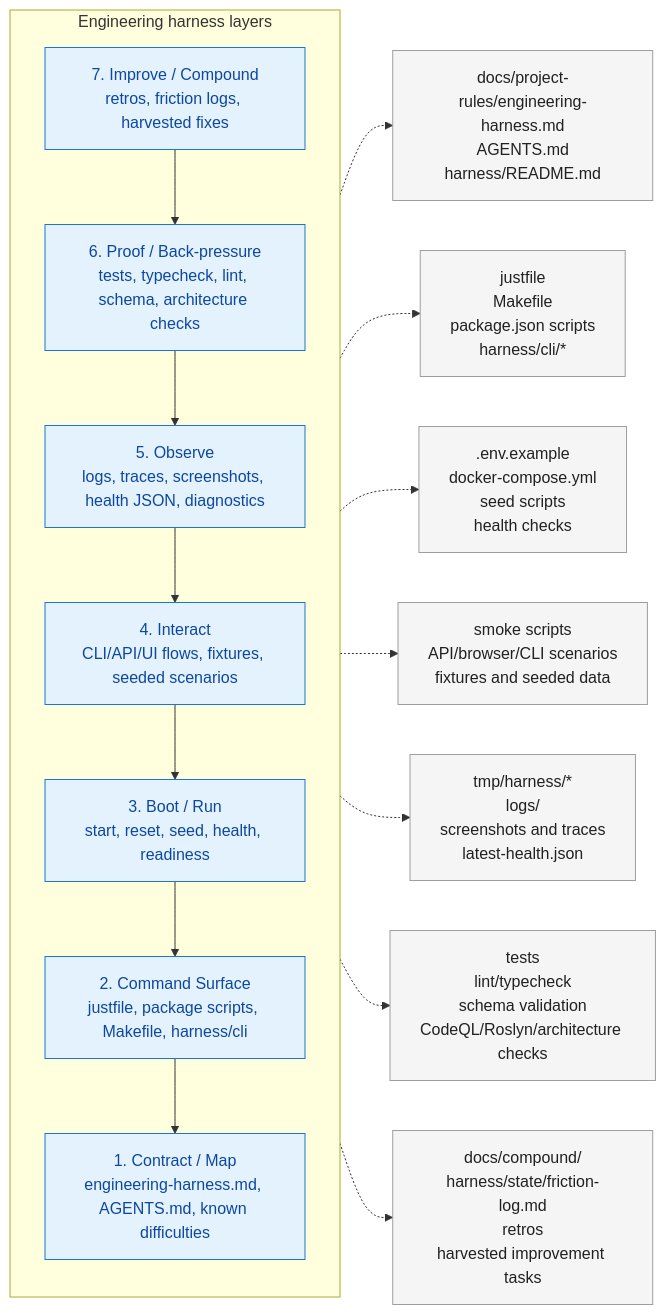
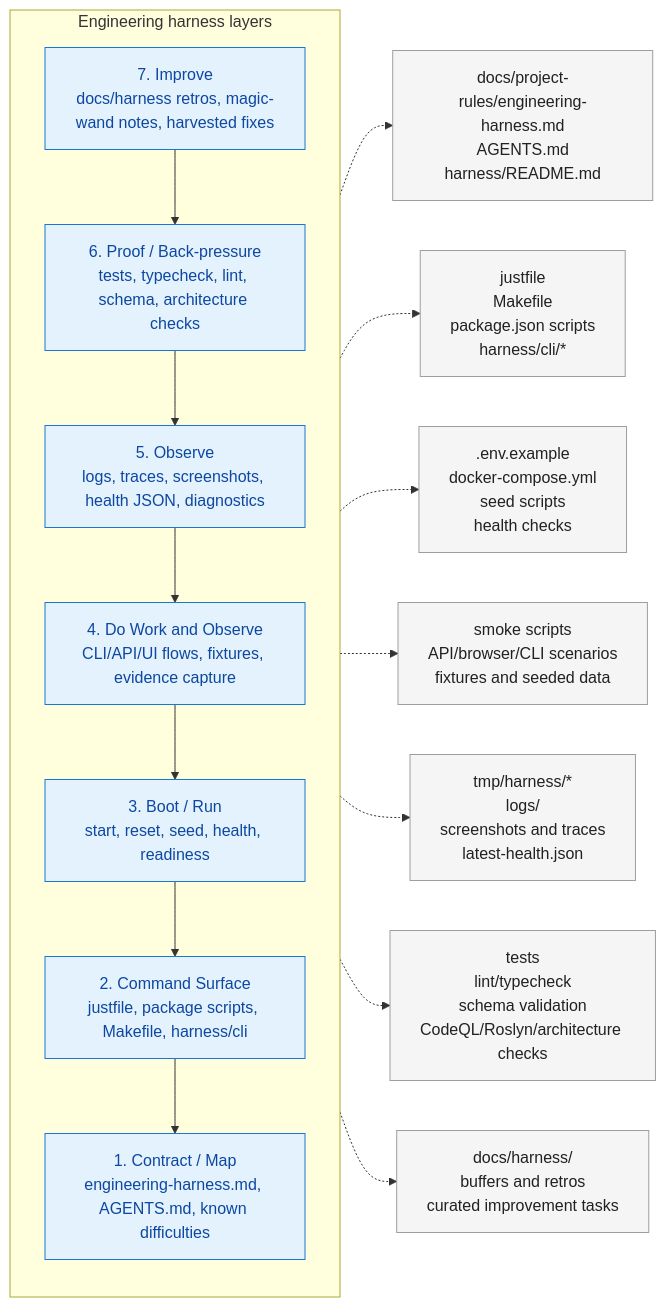
One commit to AI-Substrate/harness-engineering changed the first of 3 diagrams in skills/engineering-harness-setup/README.md. Above: the diagram before and after it, drawn with Mermaid. The commit also changed other lines of this file and 26 other files, not shown here.

````diff
--- a/skills/engineering-harness-setup/README.md
+++ b/skills/engineering-harness-setup/README.md
@@ -55,26 +55,26 @@
 ```mermaid
 flowchart LR
     classDef layer fill:#E3F2FD,stroke:#1976D2,color:#0D47A1
     classDef artifact fill:#F5F5F5,stroke:#9E9E9E,color:#212121
 
     subgraph Stack["Engineering harness layers"]
         direction TB
-        L7["7. Improve / Compound<br/>retros, friction logs, harvested fixes"]:::layer
+        L7["7. Improve<br/>docs/harness retros, magic-wand notes, harvested fixes"]:::layer
         L6["6. Proof / Back-pressure<br/>tests, typecheck, lint, schema, architecture checks"]:::layer
         L5["5. Observe<br/>logs, traces, screenshots, health JSON, diagnostics"]:::layer
-        L4["4. Interact<br/>CLI/API/UI flows, fixtures, seeded scenarios"]:::layer
+        L4["4. Do Work and Observe<br/>CLI/API/UI flows, fixtures, evidence capture"]:::layer
         L3["3. Boot / Run<br/>start, reset, seed, health, readiness"]:::layer
         L2["2. Command Surface<br/>justfile, package scripts, Makefile, harness/cli"]:::layer
         L1["1. Contract / Map<br/>engineering-harness.md, AGENTS.md, known difficulties"]:::layer
 
         L7 --> L6 --> L5 --> L4 --> L3 --> L2 --> L1
     end
 
     L1 -.-> A1["docs/project-rules/engineering-harness.md<br/>AGENTS.md<br/>harness/README.md"]:::artifact
     L2 -.-> A2["justfile<br/>Makefile<br/>package.json scripts<br/>harness/cli/*"]:::artifact
     L3 -.-> A3[".env.example<br/>docker-compose.yml<br/>seed scripts<br/>health checks"]:::artifact
     L4 -.-> A4["smoke scripts<br/>API/browser/CLI scenarios<br/>fixtures and seeded data"]:::artifact
     L5 -.-> A5["tmp/harness/*<br/>logs/<br/>screenshots and traces<br/>latest-health.json"]:::artifact
     L6 -.-> A6["tests<br/>lint/typecheck<br/>schema validation<br/>CodeQL/Roslyn/architecture checks"]:::artifact
-    L7 -.-> A7["docs/compound/<br/>harness/state/friction-log.md<br/>retros<br/>harvested improvement tasks"]:::artifact
+    L7 -.-> A7["docs/harness/<br/>buffers and retros<br/>curated improvement tasks"]:::artifact
 ```
````
